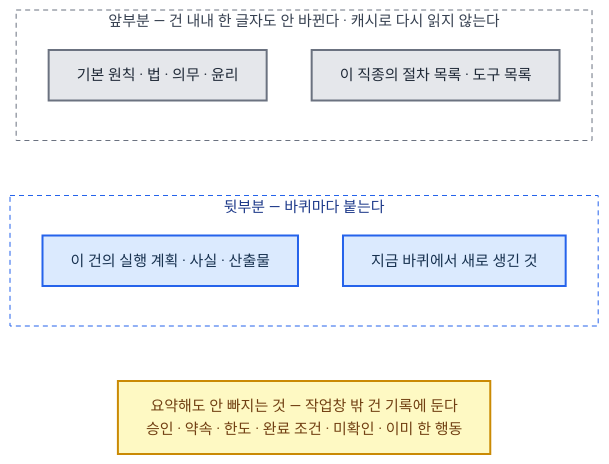
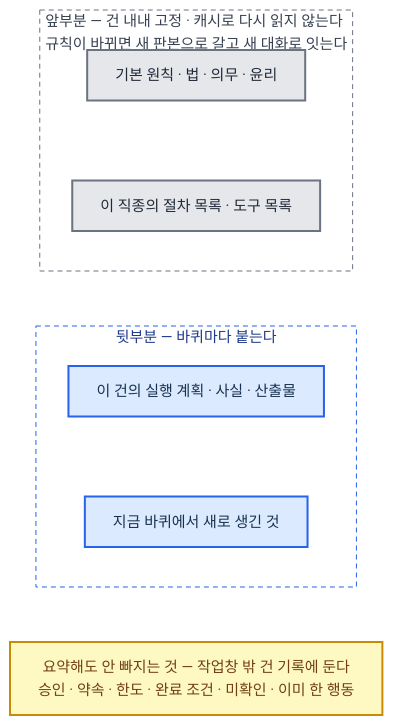
Before and after one commit to harisbaguette/expert: the third of 26 diagrams in 전문가 에이전트 정의 2.md, drawn with Mermaid. The commit also changed other lines of this file and 9 other files, not shown here.

````diff
--- a/전문가 에이전트 정의 2.md
+++ b/전문가 에이전트 정의 2.md
@@ -559,22 +559,24 @@
 ```mermaid
 %%{init: {"flowchart": {"wrappingWidth": 640, "curve": "basis", "nodeSpacing": 45, "rankSpacing": 55, "padding": 14, "useMaxWidth": true}, "themeVariables": {"fontSize": "15px"}} }%%
 flowchart TB
-    subgraph FIX["앞부분 — 건 내내 한 글자도 안 바뀐다 · 캐시로 다시 읽지 않는다"]
+    subgraph FIX["앞부분 — 건 내내 고정 · 캐시로 다시 읽지 않는다<br/>규칙이 바뀌면 새 판본으로 갈고 새 대화로 잇는다"]
         direction TB
         B1["기본 원칙 · 법 · 의무 · 윤리"]:::store
         B2["이 직종의 절차 목록 · 도구 목록"]:::store
+        B1 ~~~ B2
     end
     subgraph VAR["뒷부분 — 바퀴마다 붙는다"]
         direction TB
         B3["이 건의 실행 계획 · 사실 · 산출물"]:::main
         B4["지금 바퀴에서 새로 생긴 것"]:::main
+        B3 ~~~ B4
     end
     KEEP["요약해도 안 빠지는 것 — 작업창 밖 건 기록에 둔다<br/>승인 · 약속 · 한도 · 완료 조건 · 미확인 · 이미 한 행동"]:::note
     FIX ~~~ VAR
     VAR ~~~ KEEP
     classDef store fill:#e5e7eb,stroke:#6b7280,stroke-width:2px,color:#1f2937
     classDef main fill:#dbeafe,stroke:#2563eb,stroke-width:2px,color:#17314f
     classDef note fill:#fef9c3,stroke:#ca8a04,stroke-width:2px,color:#713f12
     style FIX fill:none,stroke:#6b7280,stroke-width:1px,stroke-dasharray:5 4,color:#374151
     style VAR fill:none,stroke:#2563eb,stroke-width:1px,stroke-dasharray:5 4,color:#1e3a8a
 ```
````
